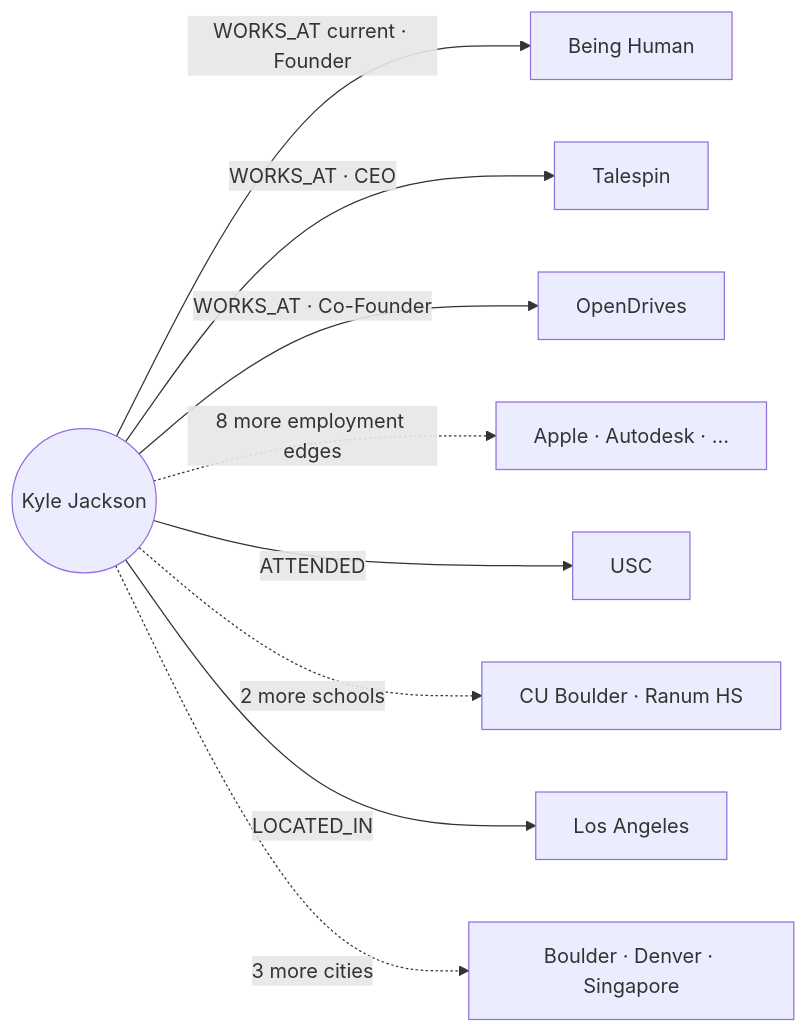
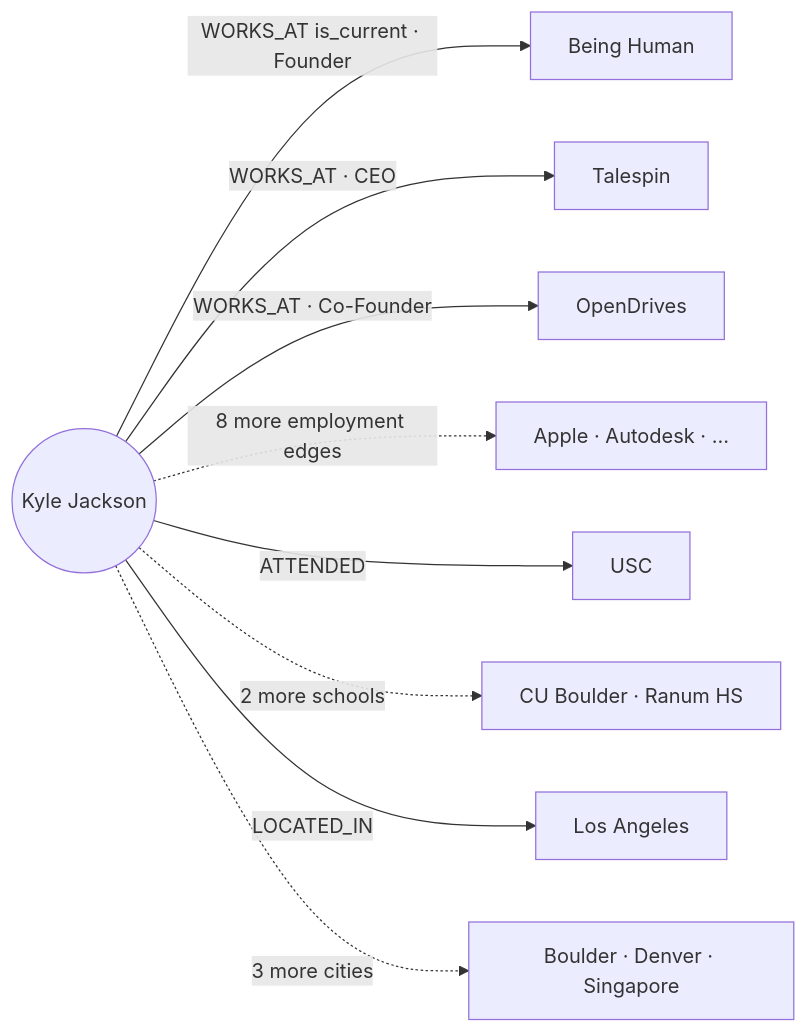
Before and after one commit to M-Pederson/docs: the diagram in guides/open-work/edge-sync.mdx, drawn with Mermaid. The commit also changed other lines of this file and 1 other file, not shown here.

First line of the commit message:
Align docs to live property naming: is_current + valid_from/valid_to

````diff
--- a/guides/open-work/edge-sync.mdx
+++ b/guides/open-work/edge-sync.mdx
@@ -107,11 +107,11 @@
 ```mermaid
 graph LR
-    K((Kyle Jackson)) -->|WORKS_AT current · Founder| BH[Being Human]
+    K((Kyle Jackson)) -->|WORKS_AT is_current · Founder| BH[Being Human]
     K -->|WORKS_AT · CEO| TS[Talespin]
     K -->|WORKS_AT · Co-Founder| OD[OpenDrives]
     K -.->|8 more employment edges| MORE[Apple · Autodesk · …]
     K -->|ATTENDED| USC[USC]
     K -.->|2 more schools| SCH[CU Boulder · Ranum HS]
     K -->|LOCATED_IN| LA[Los Angeles]
     K -.->|3 more cities| CIT[Boulder · Denver · Singapore]
 ```
````
